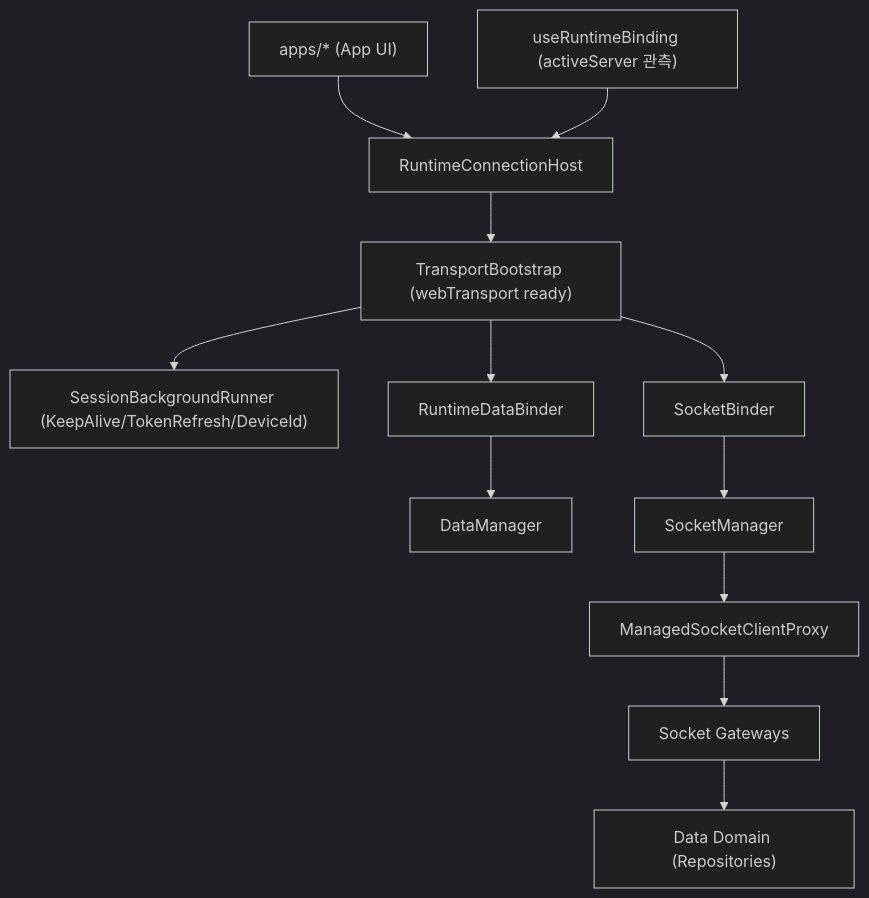
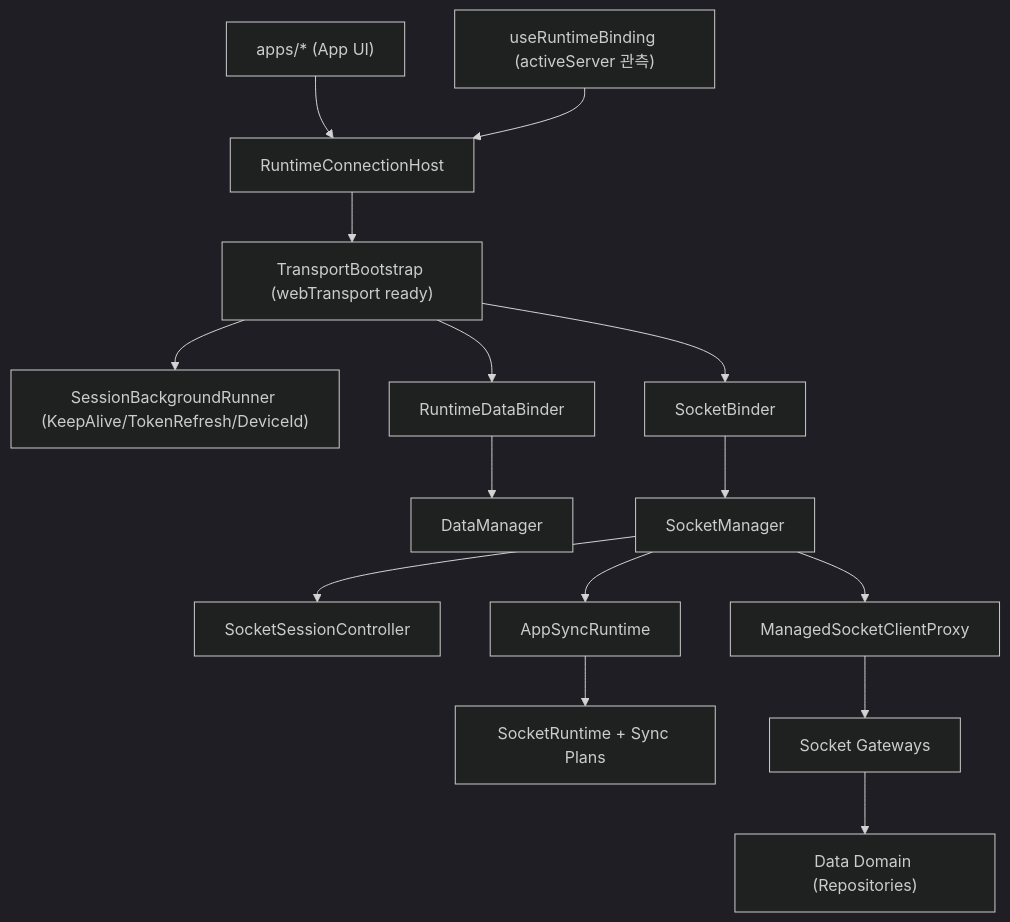
One commit to lemoncloud-io/dou-app changed the diagram in libs/app-runtime/docs/architecture.md. Above: the diagram before and after it, drawn with Mermaid (dark theme). The commit also changed other lines of this file and 5 other files, not shown here.

First line of the commit message:
feat: remove unused sync runtime and binders

````diff
--- a/libs/app-runtime/docs/architecture.md
+++ b/libs/app-runtime/docs/architecture.md
@@ -17,17 +17,20 @@
 ```mermaid
 flowchart TD
   App["apps/* (App UI)"] --> Host["RuntimeConnectionHost"]
   Host --> Bootstrap["TransportBootstrap (webTransport ready)"]
   Bootstrap --> Runner["SessionBackgroundRunner (KeepAlive/TokenRefresh/DeviceId)"]
   Bootstrap --> DataBinder["RuntimeDataBinder"]
   Bootstrap --> SocketBinder["SocketBinder"]
 
   Binding["useRuntimeBinding (activeServer 관측)"] --> Host
 
   DataBinder --> DataManager["DataManager"]
   SocketBinder --> SocketManager["SocketManager"]
 
+  SocketManager --> Session["SocketSessionController"]
+  SocketManager --> Sync["AppSyncRuntime"]
   SocketManager --> Proxy["ManagedSocketClientProxy"]
+  Sync --> Plans["SocketRuntime + Sync Plans"]
   Proxy --> Gateways["Socket Gateways"]
   Gateways --> Data["Data Domain (Repositories)"]
 ```
````
